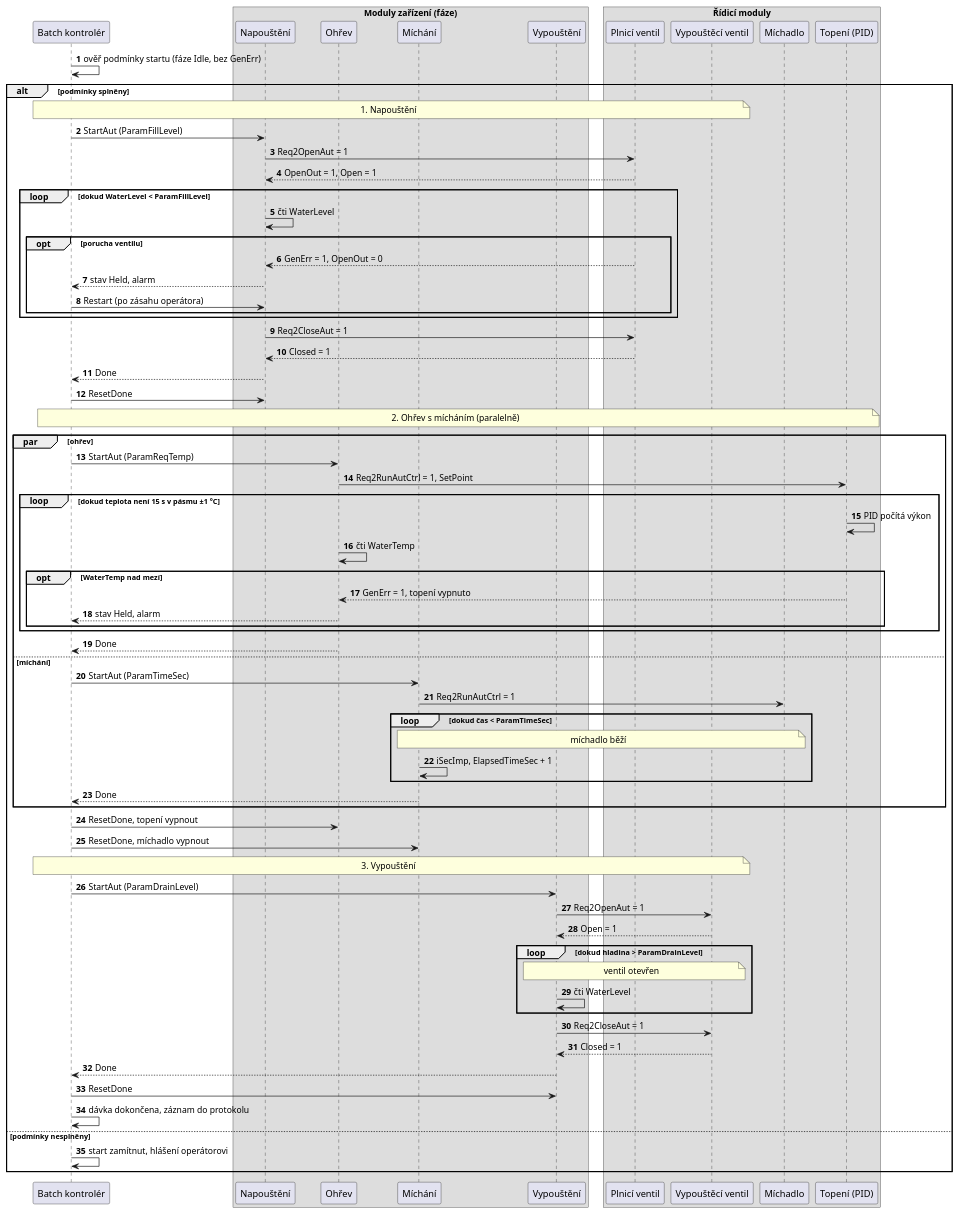
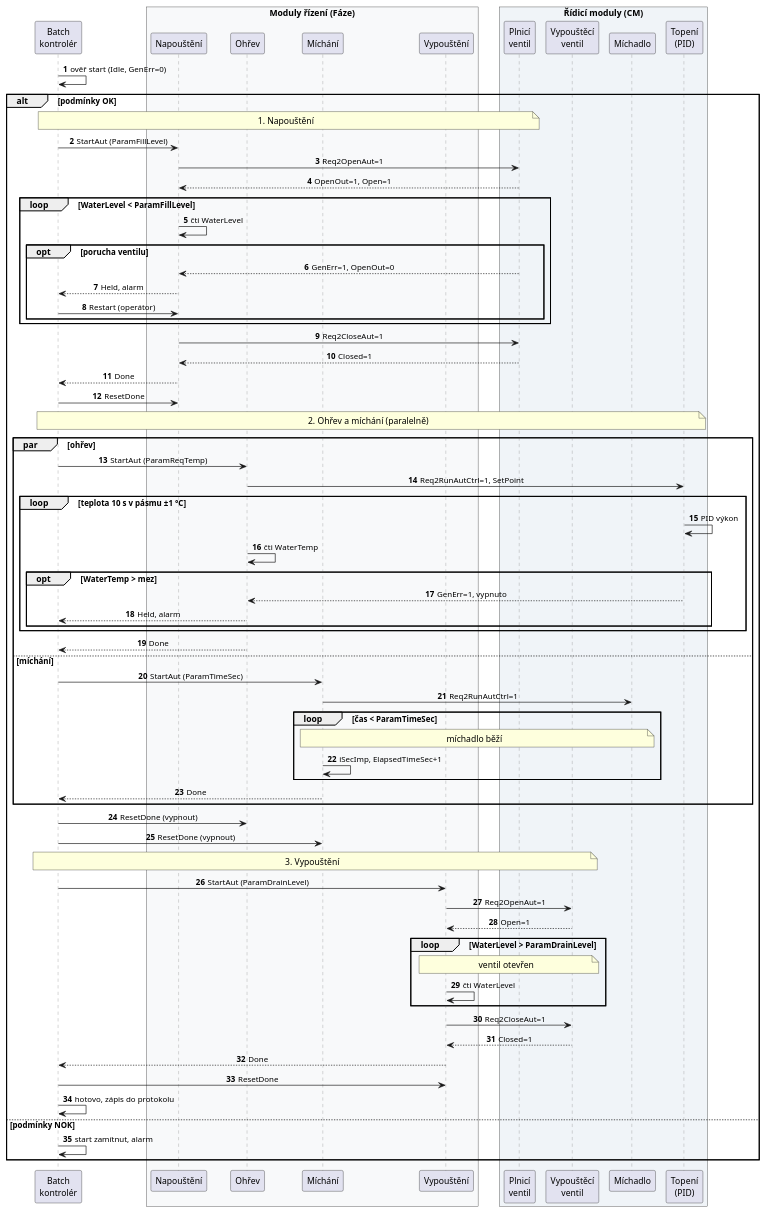
The diagram in sequence_diag.plantuml (housek52/AUP_Tank_VUT), drawn with PlantUML before and after one commit. The commit also changed 1 other file, not shown here.

Commit message:
Finalni uprava diagramu, odkazy jsou v overleafu pro upravu a export

```diff
--- a/sequence_diag.plantuml
+++ b/sequence_diag.plantuml
@@ -1,86 +1,99 @@
 @startuml
 autonumber
-skinparam responseMessageBelowArrow true
+skinparam shadowing false
+skinparam DefaultFontName Arial
+skinparam DefaultFontSize 13
+skinparam sequenceMessageAlign center
 
-participant "Batch kontrolér" as BK
+skinparam sequence {
+  ParticipantFontSize 13
+  ArrowFontSize 12
+  BoxFontSize 13
+  GroupFontSize 12
+  GroupBodyBackgroundColor transparent
+  LifeLineBorderColor #888888
+  participantPadding 3
+  boxPadding 5
+}
+participant "Batch\nkontrolér" as BK
 
-box "Moduly zařízení (fáze)"
+box "Moduly řízení (Fáze)" #F8F9FA
   participant "Napouštění" as FIL
   participant "Ohřev" as HEA
   participant "Míchání" as MIX
   participant "Vypouštění" as DRA
 end box
 
-box "Řídicí moduly"
-  participant "Plnicí ventil" as VF
-  participant "Vypouštěcí ventil" as VD
+box "Řídicí moduly (CM)" #F0F4F8
+  participant "Plnicí\nventil" as VF
+  participant "Vypouštěcí\nventil" as VD
   participant "Míchadlo" as MO
-  participant "Topení (PID)" as TO
+  participant "Topení\n(PID)" as TO
 end box
 
-BK -> BK: ověř podmínky startu (fáze Idle, bez GenErr)
+BK -> BK: ověř start (Idle, GenErr=0)
 
-alt podmínky splněny
-  note over BK, VD: 1. Napouštění
+alt podmínky OK
+  note over BK, VF: 1. Napouštění
   BK -> FIL: StartAut (ParamFillLevel)
-  FIL -> VF: Req2OpenAut = 1
-  VF --> FIL: OpenOut = 1, Open = 1
+  FIL -> VF: Req2OpenAut=1
+  VF --> FIL: OpenOut=1, Open=1
   
-  loop dokud WaterLevel < ParamFillLevel
+  loop WaterLevel < ParamFillLevel
     FIL -> FIL: čti WaterLevel
     opt porucha ventilu
-      VF --> FIL: GenErr = 1, OpenOut = 0
-      FIL --> BK: stav Held, alarm
-      BK -> FIL: Restart (po zásahu operátora)
+      VF --> FIL: GenErr=1, OpenOut=0
+      FIL --> BK: Held, alarm
+      BK -> FIL: Restart (operátor)
     end
   end
   
-  FIL -> VF: Req2CloseAut = 1
-  VF --> FIL: Closed = 1
+  FIL -> VF: Req2CloseAut=1
+  VF --> FIL: Closed=1
   FIL --> BK: Done
   BK -> FIL: ResetDone
 
-  note over BK, TO: 2. Ohřev s mícháním (paralelně)
+  note over BK, TO: 2. Ohřev a míchání (paralelně)
   par ohřev
     BK -> HEA: StartAut (ParamReqTemp)
-    HEA -> TO: Req2RunAutCtrl = 1, SetPoint
-    loop dokud teplota není 15 s v pásmu ±1 °C
-      TO -> TO: PID počítá výkon
+    HEA -> TO: Req2RunAutCtrl=1, SetPoint
+    loop teplota 10 s v pásmu ±1 °C
+      TO -> TO: PID výkon
       HEA -> HEA: čti WaterTemp
-      opt WaterTemp nad mezí
-        TO --> HEA: GenErr = 1, topení vypnuto
-        HEA --> BK: stav Held, alarm
+      opt WaterTemp > mez
+        TO --> HEA: GenErr=1, vypnuto
+        HEA --> BK: Held, alarm
       end
     end
     HEA --> BK: Done
   else míchání
     BK -> MIX: StartAut (ParamTimeSec)
-    MIX -> MO: Req2RunAutCtrl = 1
-    loop dokud čas < ParamTimeSec
+    MIX -> MO: Req2RunAutCtrl=1
+    loop čas < ParamTimeSec
       note over MIX, MO: míchadlo běží
-      MIX -> MIX: iSecImp, ElapsedTimeSec + 1
+      MIX -> MIX: iSecImp, ElapsedTimeSec+1
     end
     MIX --> BK: Done
   end
 
-  BK -> HEA: ResetDone, topení vypnout
-  BK -> MIX: ResetDone, míchadlo vypnout
+  BK -> HEA: ResetDone (vypnout)
+  BK -> MIX: ResetDone (vypnout)
 
   note over BK, VD: 3. Vypouštění
   BK -> DRA: StartAut (ParamDrainLevel)
-  DRA -> VD: Req2OpenAut = 1
-  VD --> DRA: Open = 1
-  loop dokud hladina > ParamDrainLevel
+  DRA -> VD: Req2OpenAut=1
+  VD --> DRA: Open=1
+  loop WaterLevel > ParamDrainLevel
     note over DRA, VD: ventil otevřen
     DRA -> DRA: čti WaterLevel
   end
-  DRA -> VD: Req2CloseAut = 1
-  VD --> DRA: Closed = 1
+  DRA -> VD: Req2CloseAut=1
+  VD --> DRA: Closed=1
   DRA --> BK: Done
   BK -> DRA: ResetDone
-  BK -> BK: dávka dokončena, záznam do protokolu
+  BK -> BK: hotovo, zápis do protokolu
 
-else podmínky nesplněny
-  BK -> BK: start zamítnut, hlášení operátorovi
+else podmínky NOK
+  BK -> BK: start zamítnut, alarm
 end
 @enduml
```
